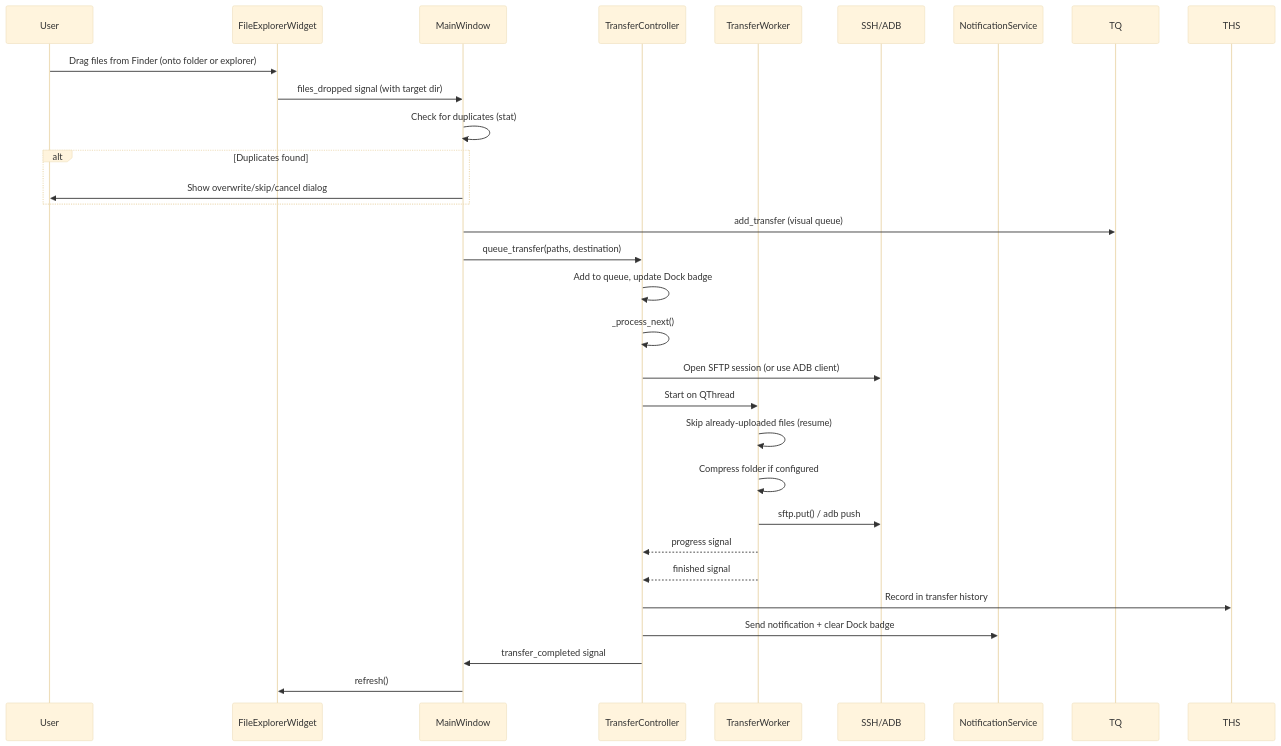
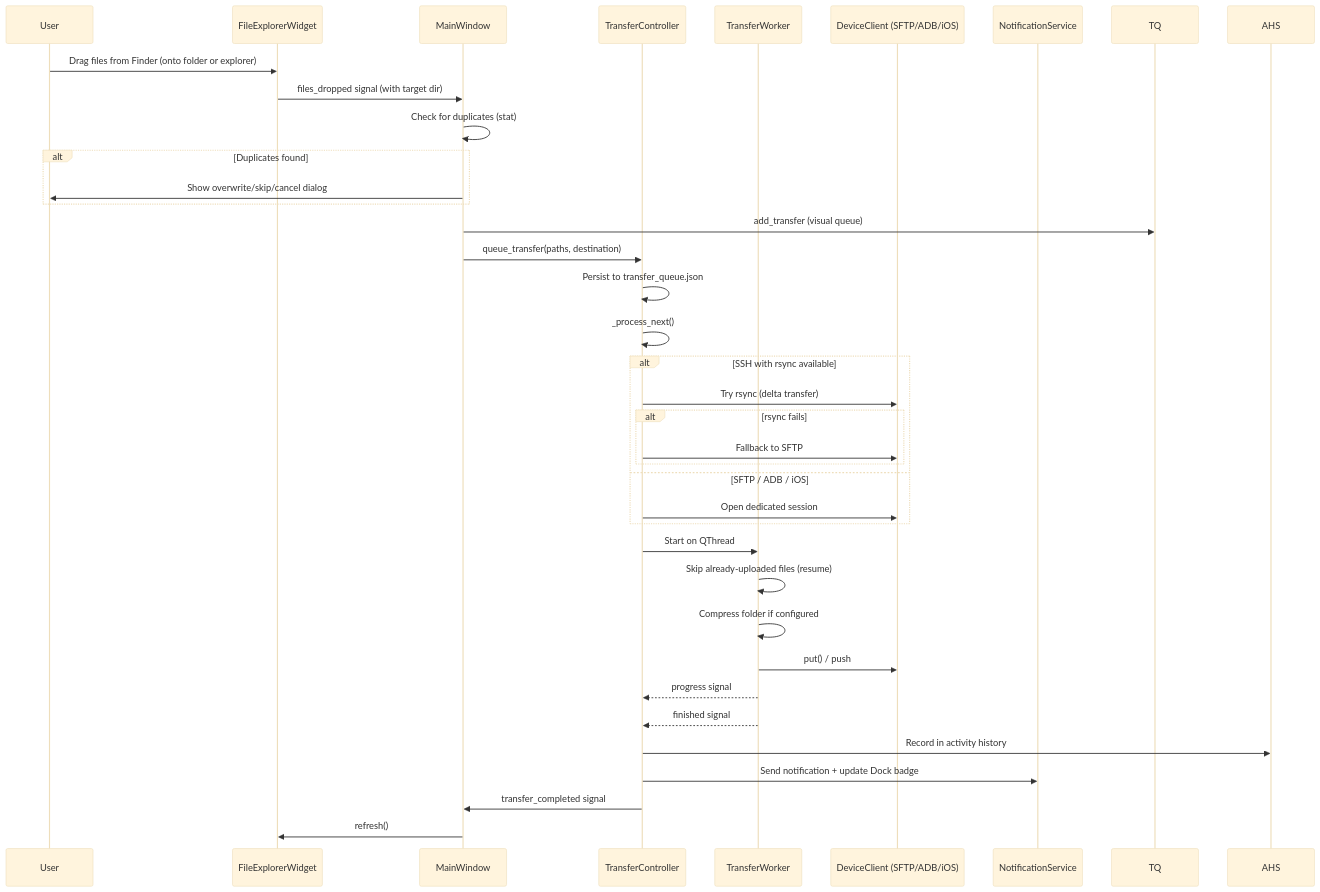
Before and after one commit to imlocle/filesling: the second of 7 diagrams in docs/SYSTEM_DIAGRAM.md, drawn with Mermaid (base theme). The commit also changed other lines of this file and 11 other files, not shown here.

````diff
--- a/docs/SYSTEM_DIAGRAM.md
+++ b/docs/SYSTEM_DIAGRAM.md
@@ -77,32 +124,39 @@
 ```mermaid
 sequenceDiagram
     participant User
     participant Explorer as FileExplorerWidget
     participant MW as MainWindow
-    participant MTC as TransferController
+    participant TC as TransferController
     participant TW as TransferWorker
-    participant Remote as SSH/ADB
+    participant Client as DeviceClient (SFTP/ADB/iOS)
     participant NS as NotificationService
 
     User->>Explorer: Drag files from Finder (onto folder or explorer)
     Explorer->>MW: files_dropped signal (with target dir)
     MW->>MW: Check for duplicates (stat)
     alt Duplicates found
         MW->>User: Show overwrite/skip/cancel dialog
     end
     MW->>TQ: add_transfer (visual queue)
-    MW->>MTC: queue_transfer(paths, destination)
-    MTC->>MTC: Add to queue, update Dock badge
-    MTC->>MTC: _process_next()
-    MTC->>Remote: Open SFTP session (or use ADB client)
-    MTC->>TW: Start on QThread
+    MW->>TC: queue_transfer(paths, destination)
+    TC->>TC: Persist to transfer_queue.json
+    TC->>TC: _process_next()
+    alt SSH with rsync available
+        TC->>Client: Try rsync (delta transfer)
+        alt rsync fails
+            TC->>Client: Fallback to SFTP
+        end
+    else SFTP / ADB / iOS
+        TC->>Client: Open dedicated session
+    end
+    TC->>TW: Start on QThread
     TW->>TW: Skip already-uploaded files (resume)
     TW->>TW: Compress folder if configured
-    TW->>Remote: sftp.put() / adb push
-    TW-->>MTC: progress signal
-    TW-->>MTC: finished signal
-    MTC->>THS: Record in transfer history
-    MTC->>NS: Send notification + clear Dock badge
-    MTC->>MW: transfer_completed signal
+    TW->>Client: put() / push
+    TW-->>TC: progress signal
+    TW-->>TC: finished signal
+    TC->>AHS: Record in activity history
+    TC->>NS: Send notification + update Dock badge
+    TC->>MW: transfer_completed signal
     MW->>Explorer: refresh()
 ```
````
